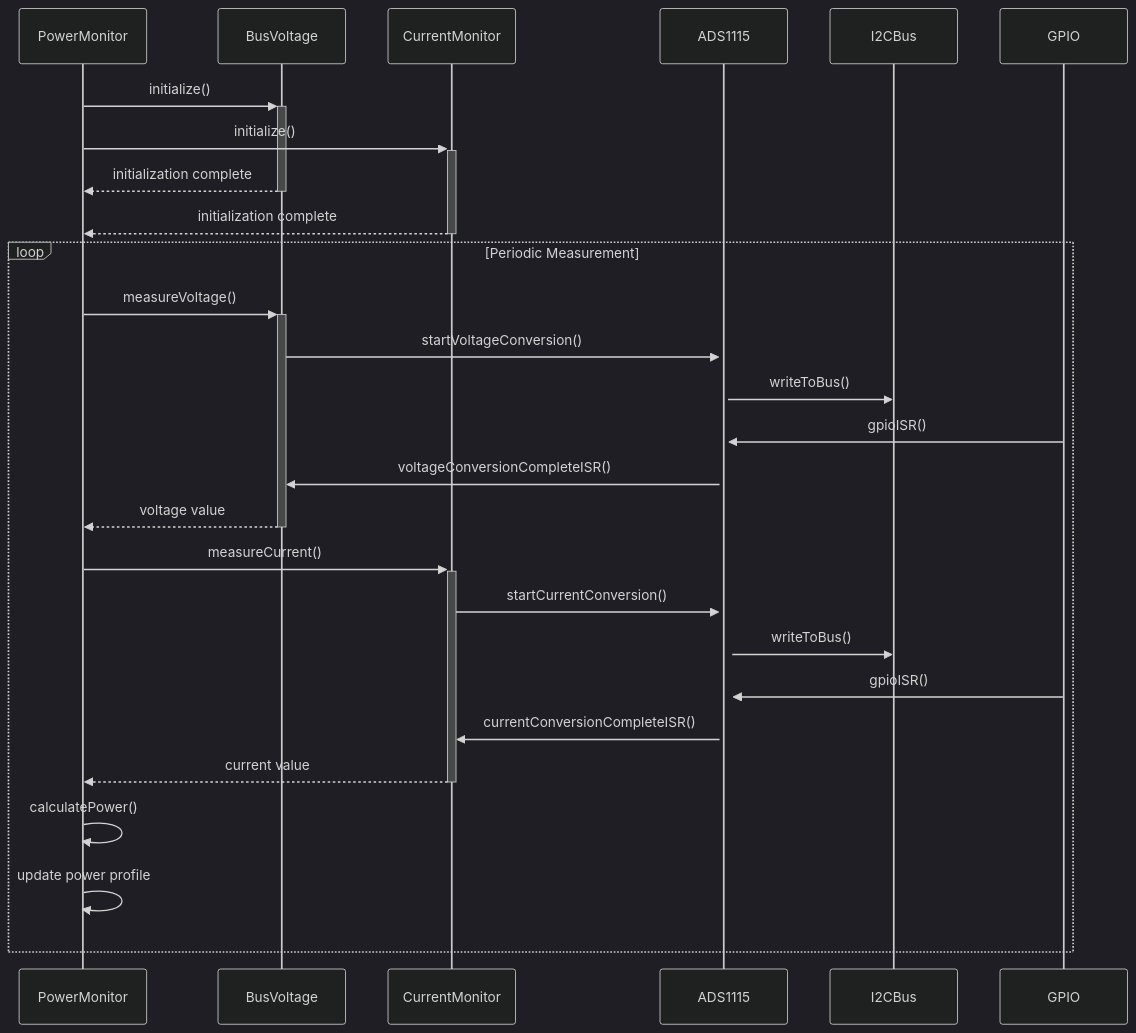
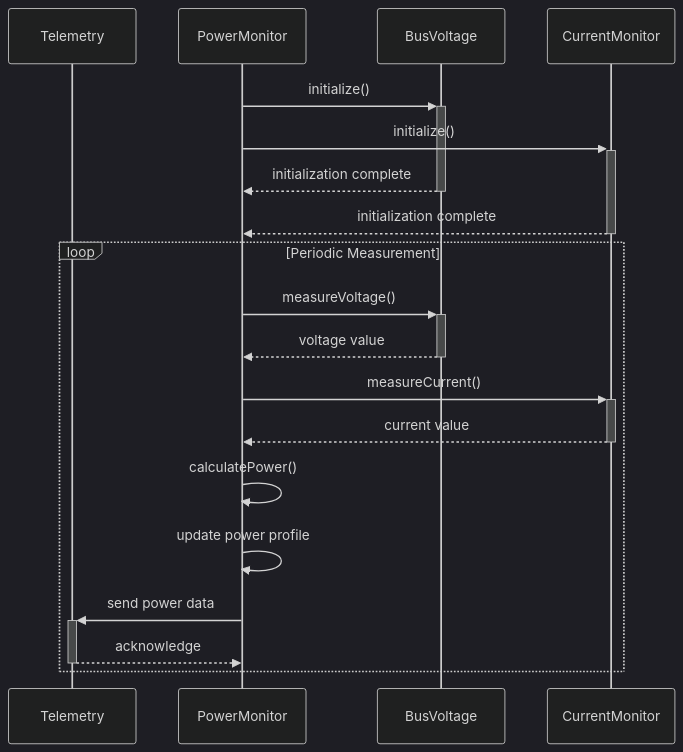
The first of 6 diagrams in solar_panel/Documents/AppNotes/PowerMonitor.md (hquiroz-1988/esp), drawn with Mermaid (dark theme) before and after one commit. The commit also changed other lines of this file, not shown here.

Commit message:
updating description for Power Monitor Module

````diff
--- a/solar_panel/Documents/AppNotes/PowerMonitor.md
+++ b/solar_panel/Documents/AppNotes/PowerMonitor.md
@@ -28,33 +28,27 @@
 ```mermaid
 sequenceDiagram
+    participant Telemetry
     participant PowerMonitor
     participant BusVoltage
     participant CurrentMonitor
-    participant ADS1115
-    participant I2CBus
-    participant GPIO
+    
 
     PowerMonitor->>+BusVoltage: initialize()
     PowerMonitor->>+CurrentMonitor: initialize()
     BusVoltage-->>-PowerMonitor: initialization complete
     CurrentMonitor-->>-PowerMonitor: initialization complete
 
     loop Periodic Measurement
         PowerMonitor->>+BusVoltage: measureVoltage()
-        BusVoltage->>+ADS1115: startVoltageConversion()
-        ADS1115->>I2CBus: writeToBus()
-        GPIO->>ADS1115: gpioISR()
-        ADS1115->>BusVoltage: voltageConversionCompleteISR()
         BusVoltage-->>-PowerMonitor: voltage value
 
         PowerMonitor->>+CurrentMonitor: measureCurrent()
-        CurrentMonitor->>+ADS1115: startCurrentConversion()
-        ADS1115->>I2CBus: writeToBus()
-        GPIO->>ADS1115: gpioISR()
-        ADS1115->>CurrentMonitor: currentConversionCompleteISR()
         CurrentMonitor-->>-PowerMonitor: current value
 
         PowerMonitor->>PowerMonitor: calculatePower()
         PowerMonitor->>PowerMonitor: update power profile
+
+        PowerMonitor->>+Telemetry: send power data
+        Telemetry-->>-PowerMonitor: acknowledge
     end
 ```
````
